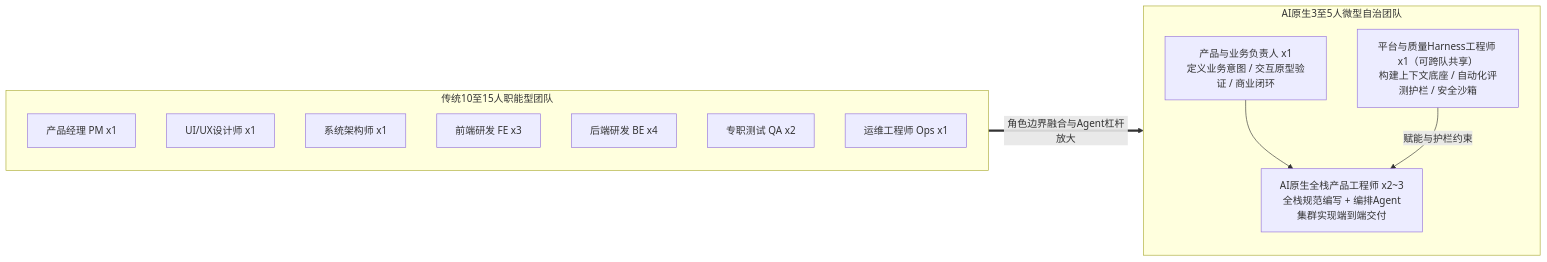
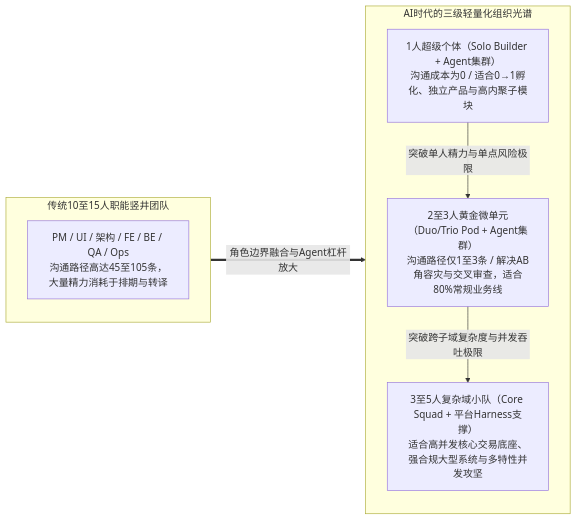
Before and after one commit to gqcn/johns-blog: the fourth of 6 diagrams in docs/docs/1000-AI技术/200-应用开发/400-工程管理与实践/10000-AI时代的软件工程管理：角色重构、生命周期演进与治理新范式.md, drawn with Mermaid. The commit also changed other lines of this file, not shown here.

Commit message:
feat: update organizational structure and team dynamics for AI-era software engineering

````diff
--- a/docs/docs/1000-AI技术/200-应用开发/400-工程管理与实践/10000-AI时代的软件工程管理：角色重构、生命周期演进与治理新范式.md
+++ b/docs/docs/1000-AI技术/200-应用开发/400-工程管理与实践/10000-AI时代的软件工程管理：角色重构、生命周期演进与治理新范式.md
@@ -311,22 +313,16 @@
 ```mermaid
 flowchart LR
-    subgraph legacy_team ["传统10至15人职能型团队"]
+    subgraph legacy_team ["传统10至15人职能竖井团队"]
         direction TB
-        O1[产品经理 PM x1]
-        O2[UI/UX设计师 x1]
-        O3[系统架构师 x1]
-        O4[前端研发 FE x3]
-        O5[后端研发 BE x4]
-        O6[专职测试 QA x2]
-        O7[运维工程师 Ops x1]
+        O1["PM / UI / 架构 / FE / BE / QA / Ops<br/>沟通路径高达45至105条，大量精力消耗于排期与转译"]
     end
-    subgraph ai_team ["AI原生3至5人微型自治团队"]
+    subgraph ai_org ["AI时代的三级轻量化组织光谱"]
         direction TB
-        N1["产品与业务负责人 x1<br/>定义业务意图 / 交互原型验证 / 商业闭环"]
-        N2["AI原生全栈产品工程师 x2~3<br/>全栈规范编写 + 编排Agent集群实现端到端交付"]
-        N3["平台与质量Harness工程师 x1（可跨队共享）<br/>构建上下文底座 / 自动化评测护栏 / 安全沙箱"]
-        N1 --> N2
-        N3 -->|赋能与护栏约束| N2
+        S1["1人超级个体（Solo Builder + Agent集群）<br/>沟通成本为0 / 适合0→1孵化、独立产品与高内聚子模块"]
+        S2["2至3人黄金微单元（Duo/Trio Pod + Agent集群）<br/>沟通路径仅1至3条 / 解决AB角容灾与交叉审查，适合80%常规业务线"]
+        S3["3至5人复杂域小队（Core Squad + 平台Harness支撑）<br/>适合高并发核心交易底座、强合规大型系统与多特性并发攻坚"]
+        S1 -->|突破单人精力与单点风险极限| S2
+        S2 -->|突破跨子域复杂度与并发吞吐极限| S3
     end
-    legacy_team ==>|角色边界融合与Agent杠杆放大| ai_team
+    legacy_team ==>|角色边界融合与Agent杠杆放大| ai_org
 ```
````
